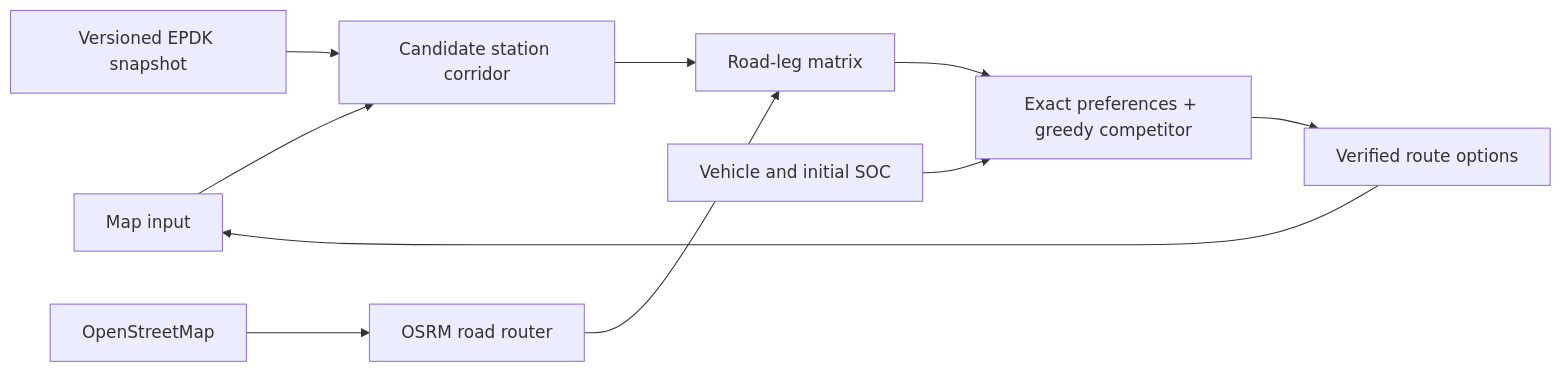
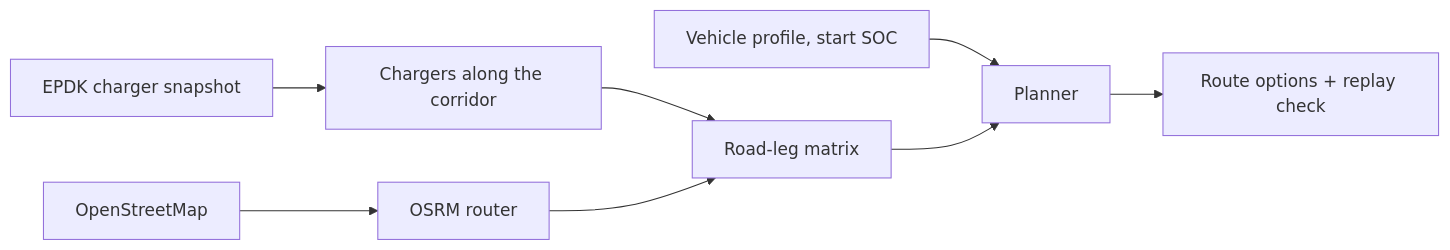
The diagram in README.md (EfeErim/chargepath-ev-route-optimizer), drawn with Mermaid before and after one commit. The commit also changed other lines of this file and 47 other files, not shown here.

````diff
--- a/README.md
+++ b/README.md
@@ -89,12 +31,10 @@
 ```mermaid
 flowchart LR
-    UI["Map input"] --> C["Candidate station corridor"]
-    OSM["OpenStreetMap"] --> OSRM["OSRM road router"]
-    EPDK["Versioned EPDK snapshot"] --> C
+    OSM["OpenStreetMap"] --> OSRM["OSRM router"]
+    EPDK["EPDK charger snapshot"] --> C["Chargers along the corridor"]
     C --> M["Road-leg matrix"]
     OSRM --> M
-    V["Vehicle and initial SOC"] --> ALT
-    M --> ALT["Exact preferences + greedy competitor"]
-    ALT --> P["Verified route options"]
-    P --> UI
+    V["Vehicle profile, start SOC"] --> S["Planner"]
+    M --> S
+    S --> R["Route options + replay check"]
 ```
````
